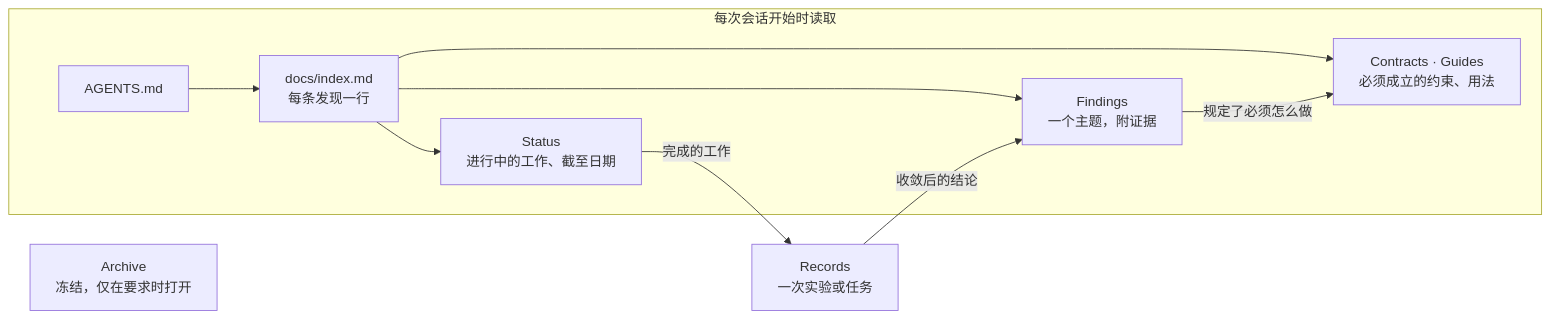
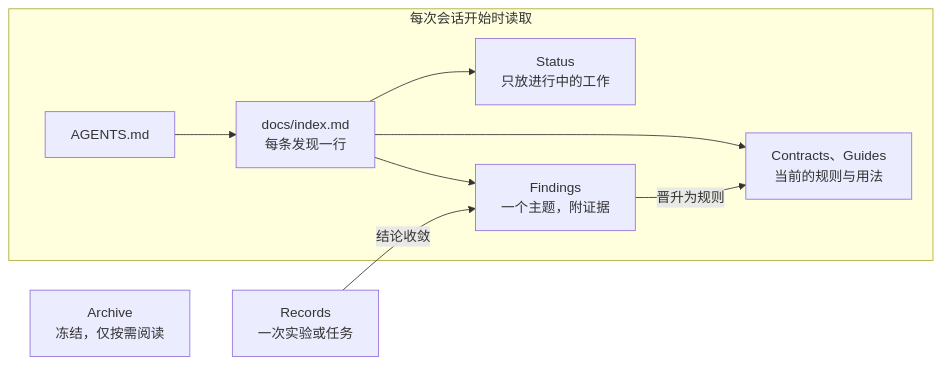
One commit to mq-yuan/project-docs changed the diagram in README_zh.md. Above: the diagram before and after it, drawn with Mermaid. The commit also changed 1 other file, not shown here.

Commit message:
docs: simplify the document diagram layout

````diff
--- a/README_zh.md
+++ b/README_zh.md
@@ -39,13 +39,12 @@
 ```mermaid
 flowchart LR
   subgraph read["每次会话开始时读取"]
     E["AGENTS.md"] --> I["docs/index.md<br/>每条发现一行"]
-    I --> S["Status<br/>进行中的工作、截至日期"]
-    I --> C["Contracts · Guides<br/>必须成立的约束、用法"]
+    I --> S["Status<br/>只放进行中的工作"]
+    I --> C["Contracts、Guides<br/>当前的规则与用法"]
     I --> F["Findings<br/>一个主题，附证据"]
   end
-  R["Records<br/>一次实验或任务"] -->|"收敛后的结论"| F
-  F -->|"规定了必须怎么做"| C
-  S -->|"完成的工作"| R
-  A["Archive<br/>冻结，仅在要求时打开"]
+  R["Records<br/>一次实验或任务"] -->|"结论收敛"| F
+  F -->|"晋升为规则"| C
+  A["Archive<br/>冻结，仅按需阅读"]
 ```
````
